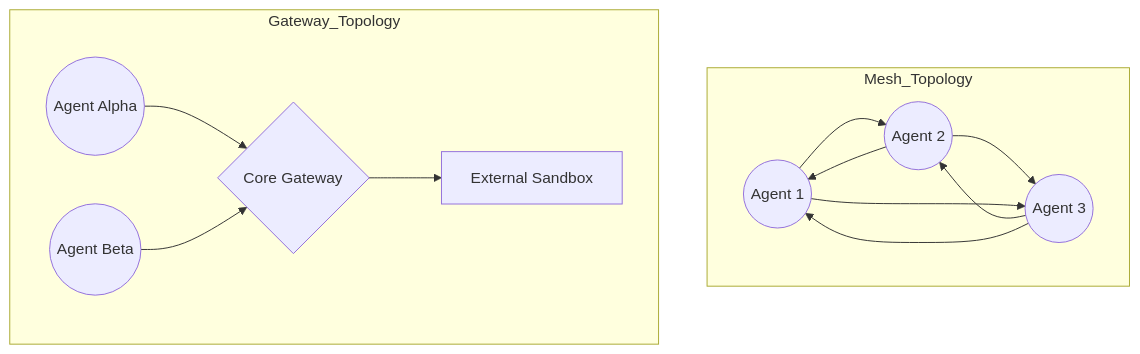
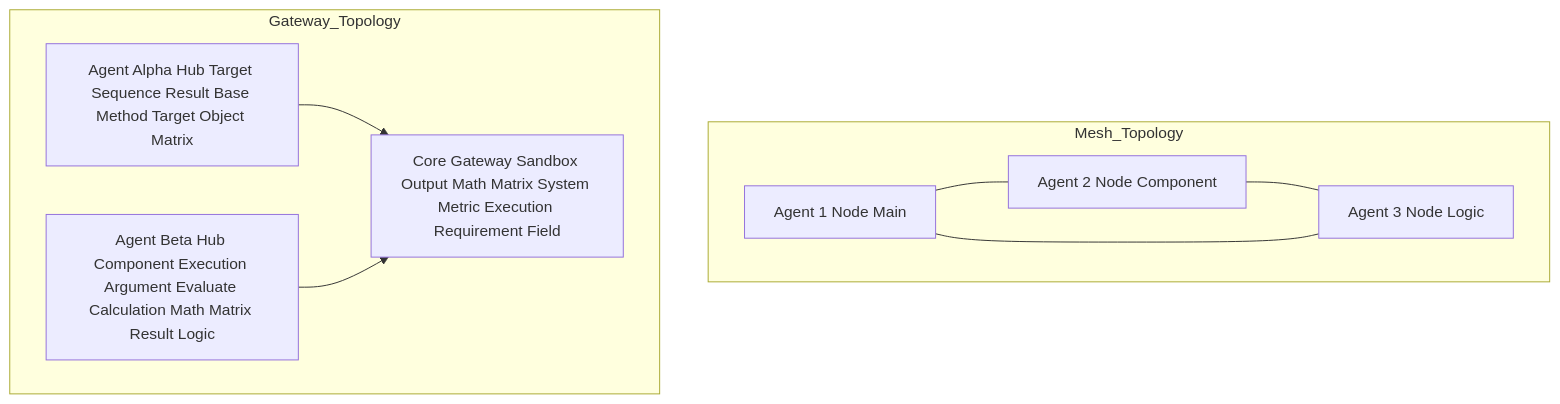
One commit to MrDecryptDecipher/Agent-Trust changed diagram 18 of 30 in README.md. Above: the diagram before and after it, drawn with Mermaid. The commit also changed other lines of this file, not shown here.

Commit message:
Ultra-strict diagram rendering using pure alphanumeric sequences and explicit non-cyclic flow structures

````diff
--- a/README.md
+++ b/README.md
@@ -356,17 +312,13 @@
 ```mermaid
-flowchart TD
+graph TD
     subgraph Mesh_Topology
-        S1(("Agent 1")) --> S2(("Agent 2"))
-        S2 --> S1
-        S2 --> S3(("Agent 3"))
-        S3 --> S2
-        S3 --> S1
-        S1 --> S3
+        S1[Agent 1 Node Main] --- S2[Agent 2 Node Component]
+        S2 --- S3[Agent 3 Node Logic]
+        S3 --- S1
     end
     
     subgraph Gateway_Topology
-        GA(("Agent Alpha")) --> GW{"Core Gateway"}
-        GB(("Agent Beta")) --> GW
-        GW --> Target["External Sandbox"]
+        GA[Agent Alpha Hub Target Sequence Result Base Method Target Object Matrix] --> GW[Core Gateway Sandbox Output Math Matrix System Metric Execution Requirement Field]
+        GB[Agent Beta Hub Component Execution Argument Evaluate Calculation Math Matrix Result Logic] --> GW
     end
 ```
````
